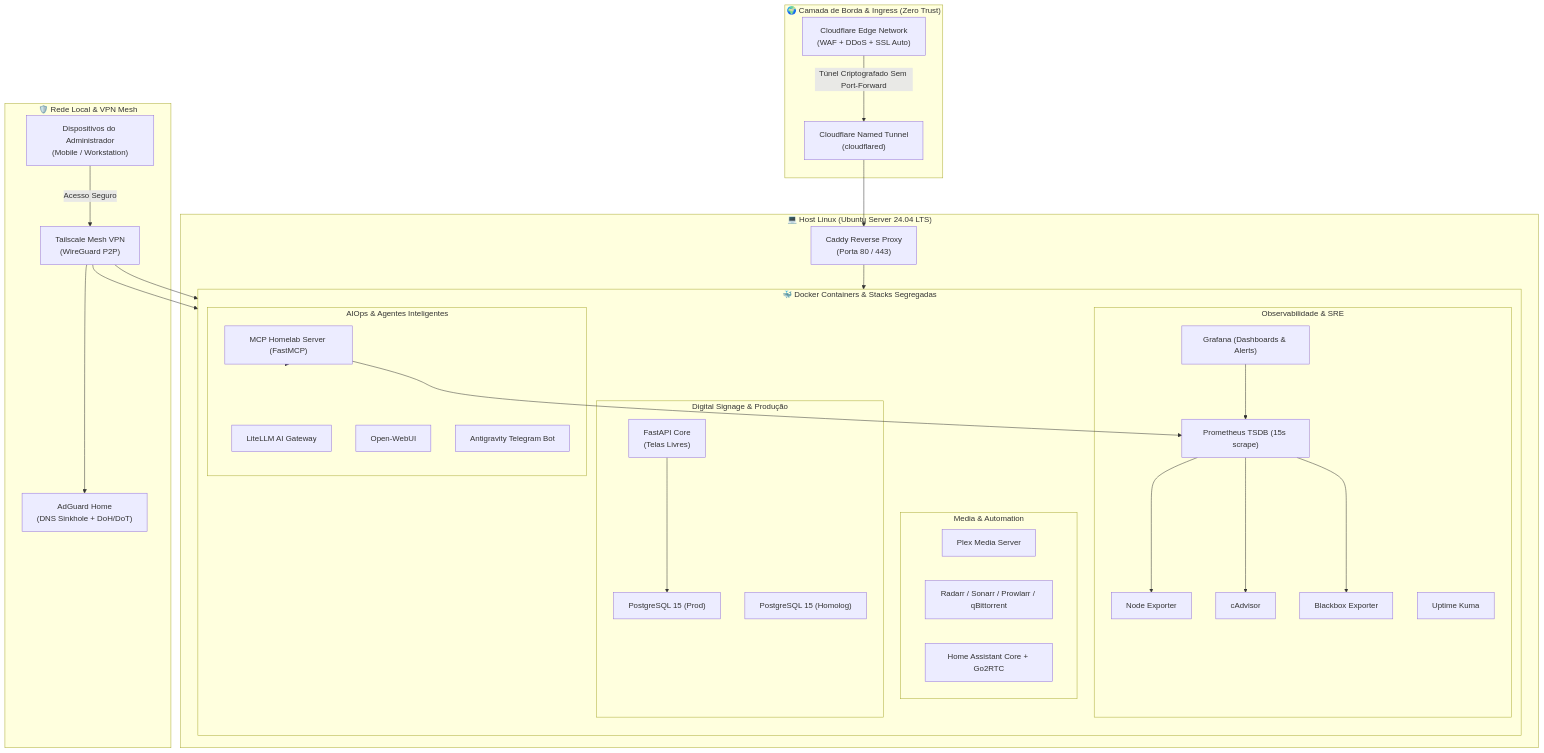
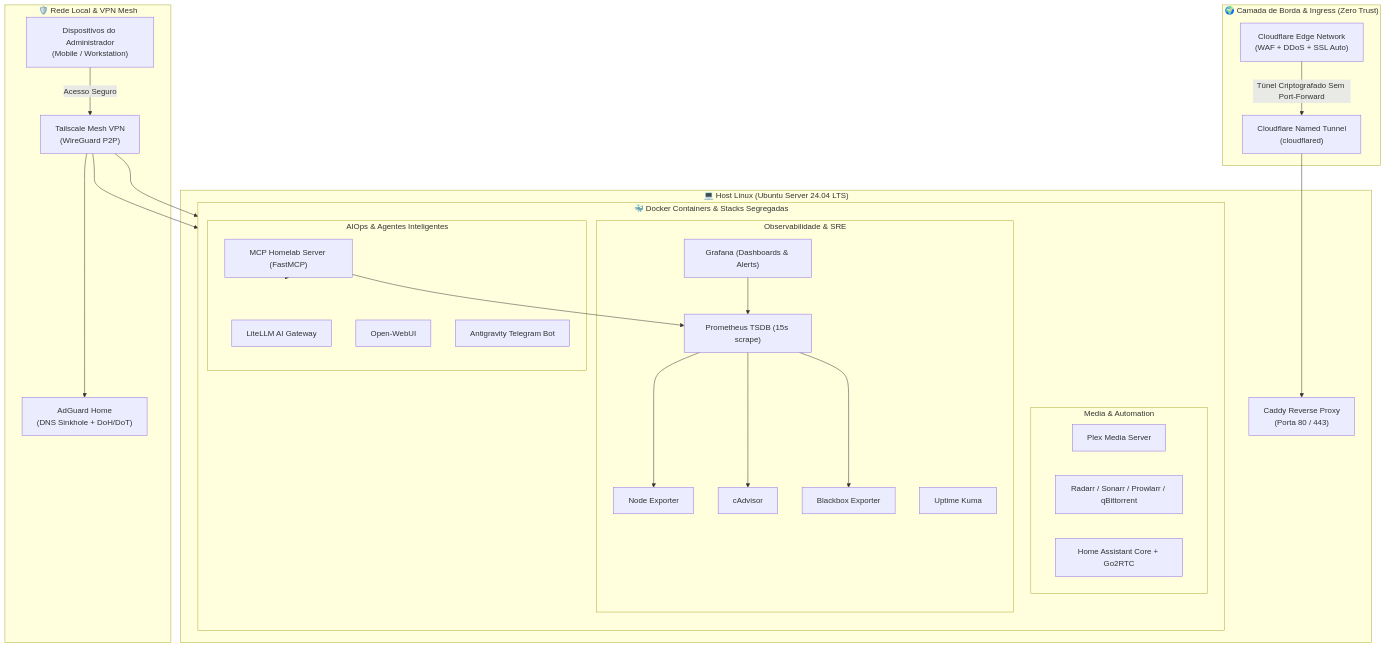
Before and after one commit to souusa26/homelab-aiops-portfolio: the diagram in docs/ARCHITECTURE.md, drawn with Mermaid. The commit also changed other lines of this file and 12 other files, not shown here.

````diff
--- a/docs/ARCHITECTURE.md
+++ b/docs/ARCHITECTURE.md
@@ -26,63 +26,55 @@
 ```mermaid
 flowchart TD
     subgraph Borda["🌍 Camada de Borda & Ingress (Zero Trust)"]
         CF["Cloudflare Edge Network\n(WAF + DDoS + SSL Auto)"]
         CFTunnel["Cloudflare Named Tunnel\n(cloudflared)"]
         CF -->|Túnel Criptografado Sem Port-Forward| CFTunnel
     end
 
     subgraph RedePrivada["🛡️ Rede Local & VPN Mesh"]
         Tailscale["Tailscale Mesh VPN\n(WireGuard P2P)"]
         AdGuard["AdGuard Home\n(DNS Sinkhole + DoH/DoT)"]
         AdminDevice["Dispositivos do Administrador\n(Mobile / Workstation)"]
         AdminDevice -->|Acesso Seguro| Tailscale
     end
 
     subgraph Host["💻 Host Linux (Ubuntu Server 24.04 LTS)"]
         ReverseProxy["Caddy Reverse Proxy\n(Porta 80 / 443)"]
         CFTunnel --> ReverseProxy
 
         subgraph StacksDocker["🐳 Docker Containers & Stacks Segregadas"]
             direction TB
-            subgraph Apps["Digital Signage & Produção"]
-                FastAPI["FastAPI Core\n(Telas Livres)"]
-                PostgresProd["PostgreSQL 15 (Prod)"]
-                PostgresHomolog["PostgreSQL 15 (Homolog)"]
-                FastAPI --> PostgresProd
-            end
-
             subgraph Media["Media & Automation"]
                 Plex["Plex Media Server"]
                 Arr["Radarr / Sonarr / Prowlarr / qBittorrent"]
                 HA["Home Assistant Core + Go2RTC"]
             end
 
             subgraph Observabilidade["Observabilidade & SRE"]
                 Prometheus["Prometheus TSDB (15s scrape)"]
                 Grafana["Grafana (Dashboards & Alerts)"]
                 NodeExp["Node Exporter"]
                 Cadvisor["cAdvisor"]
                 Blackbox["Blackbox Exporter"]
                 Kuma["Uptime Kuma"]
             end
 
             subgraph AI_Ops["AIOps & Agentes Inteligentes"]
                 MCP["MCP Homelab Server (FastMCP)"]
                 LiteLLM["LiteLLM AI Gateway"]
                 OpenWebUI["Open-WebUI"]
                 AgyBot["Antigravity Telegram Bot"]
             end
         end
     end
 
-    ReverseProxy --> FastAPI
     Tailscale --> Grafana
     Tailscale --> AdGuard
     Tailscale --> MCP
     Prometheus --> NodeExp
     Prometheus --> Cadvisor
     Prometheus --> Blackbox
     Grafana --> Prometheus
     MCP --> Prometheus
     MCP --> Host
 ```
````
